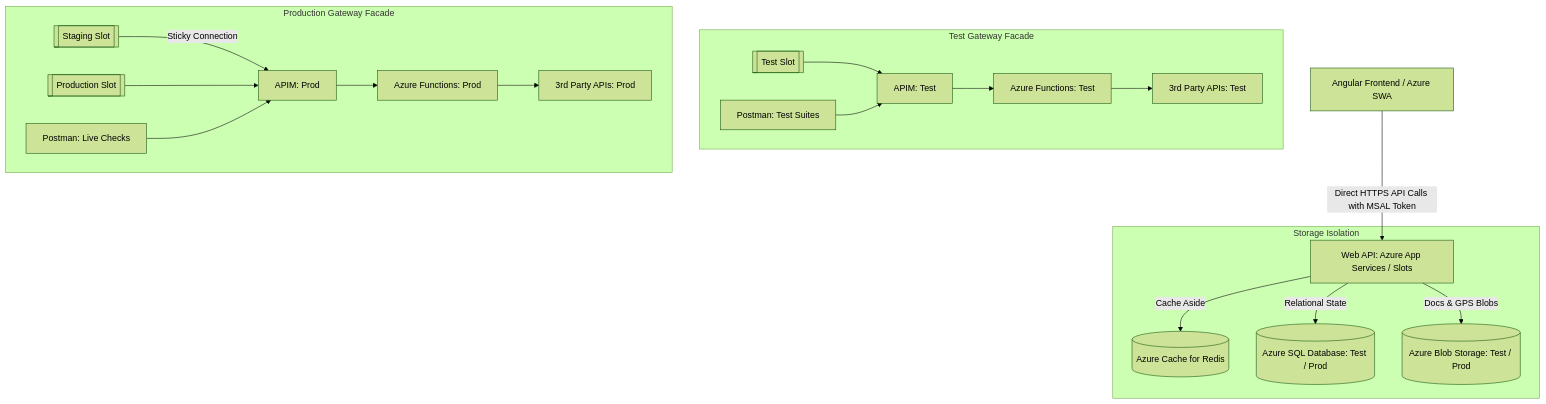
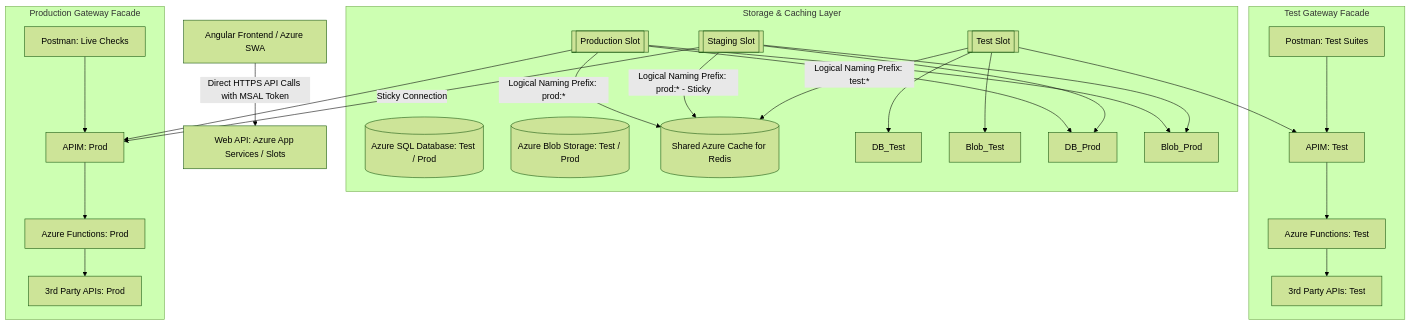
The second of 3 diagrams in presentation.md (acforbes/freight-logistics-architecture), drawn with Mermaid (forest theme) before and after one commit. The commit also changed 2 other files, not shown here.

Commit message:
docs: update redis cache to reflect shared slot access and key variation

````diff
--- a/presentation.md
+++ b/presentation.md
@@ -96,23 +96,35 @@
 ```mermaid
 graph TD
     Client[Angular Frontend / Azure SWA] -->|Direct HTTPS API Calls with MSAL Token| AppService[Web API: Azure App Services / Slots]
     
-    subgraph Storage Isolation
-        AppService -->|Cache Aside| Redis[(Azure Cache for Redis)]
-        AppService -->|Relational State| SQL[(Azure SQL Database: Test / Prod)]
-        AppService -->|Docs & GPS Blobs| Blob[(Azure Blob Storage: Test / Prod)]
+    subgraph Storage & Caching Layer
+        SQL[(Azure SQL Database: Test / Prod)]
+        Blob[(Azure Blob Storage: Test / Prod)]
+        Redis[(Shared Azure Cache for Redis)]
+        
+        Slot_Test[[Test Slot]] --> DB_Test
+        Slot_Test --> Blob_Test
+        Slot_Test -->|Logical Naming Prefix: test:*| Redis
+        
+        Slot_Stag[[Staging Slot]] --> DB_Prod
+        Slot_Stag --> Blob_Prod
+        Slot_Stag -->|Logical Naming Prefix: prod:* - Sticky| Redis
+        
+        Slot_Prod[[Production Slot]] --> DB_Prod
+        Slot_Prod --> Blob_Prod
+        Slot_Prod -->|Logical Naming Prefix: prod:*| Redis
     end
 
     subgraph Test Gateway Facade
         Slot_Test[[Test Slot]] --> APIM_Test[APIM: Test]
         PM_Test[Postman: Test Suites] --> APIM_Test
         APIM_Test --> AzFunc_Test[Azure Functions: Test] --> Ext_Test[3rd Party APIs: Test]
     end
 
     subgraph Production Gateway Facade
         Slot_Stag[[Staging Slot]] -->|Sticky Connection| APIM_Prod[APIM: Prod]
         Slot_Prod[[Production Slot]] --> APIM_Prod
         PM_Prod[Postman: Live Checks] --> APIM_Prod
         APIM_Prod --> AzFunc_Prod[Azure Functions: Prod] --> Ext_Prod[3rd Party APIs: Prod]
     end
 ```
````
